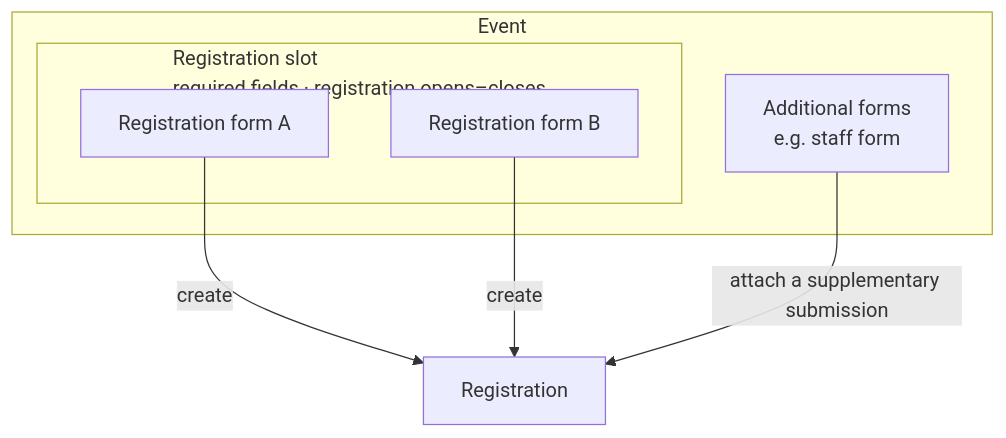
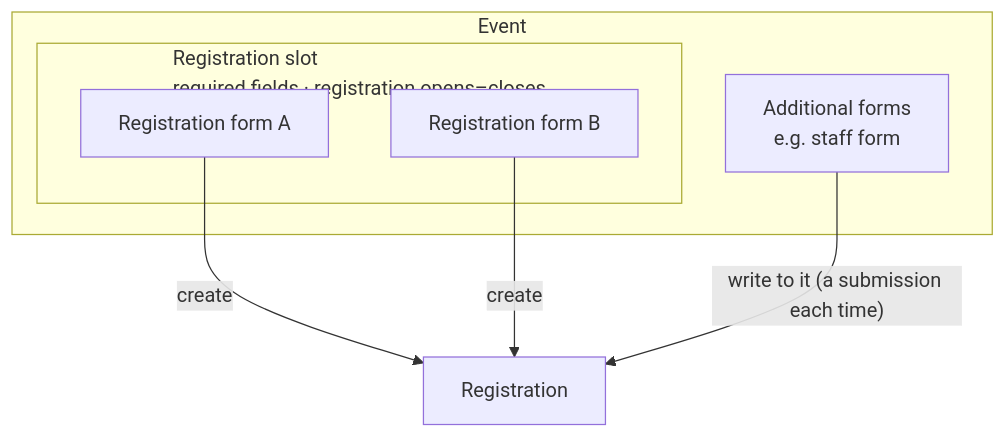
Before and after one commit to reformatus/kalaka: the diagram in docs/architecture/events-and-forms.md, drawn with Mermaid. The commit also changed other lines of this file and 8 other files, not shown here.

First line of the commit message:
Architecture: participant fields, additional forms and the active registration

````diff
--- a/docs/architecture/events-and-forms.md
+++ b/docs/architecture/events-and-forms.md
@@ -78,12 +80,12 @@
 ```mermaid
 flowchart TB
   subgraph EV["Event"]
     subgraph SLOT["Registration slot<br/>required fields · registration opens–closes"]
       F1["Registration form A"]
       F2["Registration form B"]
     end
     AF["Additional forms<br/>e.g. staff form"]
   end
   F1 & F2 -->|"create"| REG["Registration"]
-  AF -->|"attach a supplementary submission"| REG
+  AF -->|"write to it (a submission each time)"| REG
 ```
````
